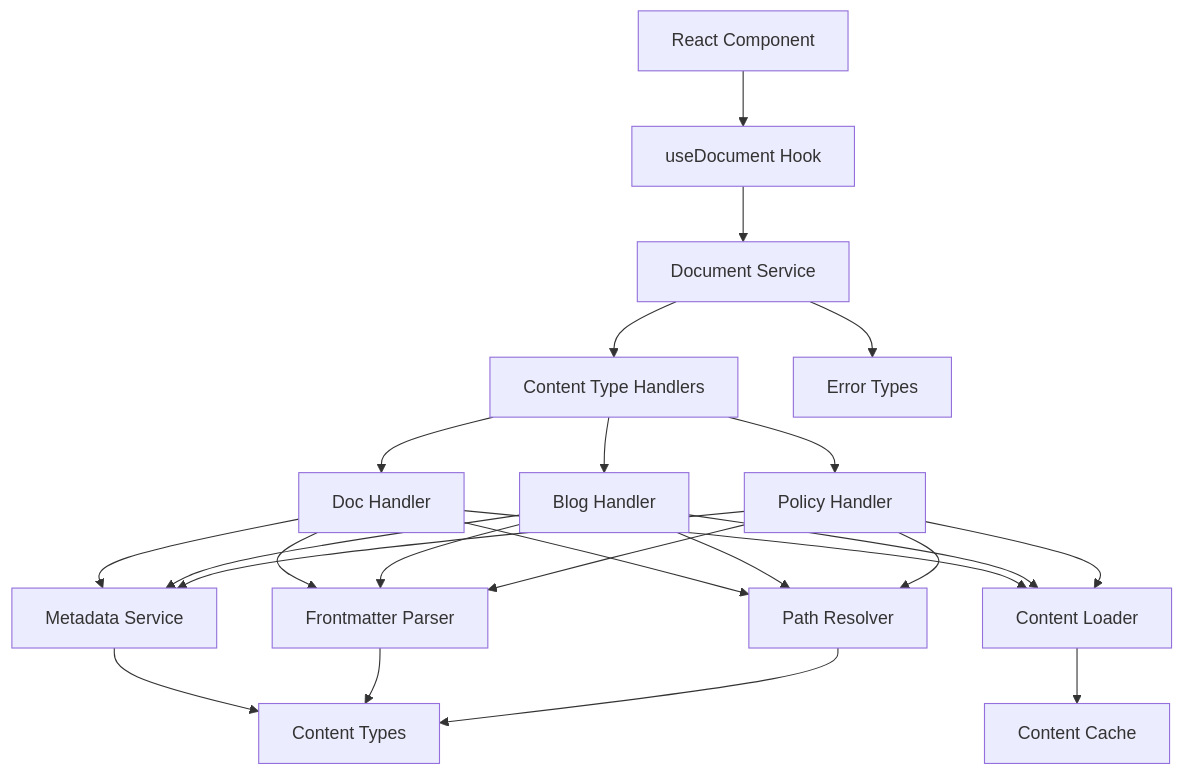
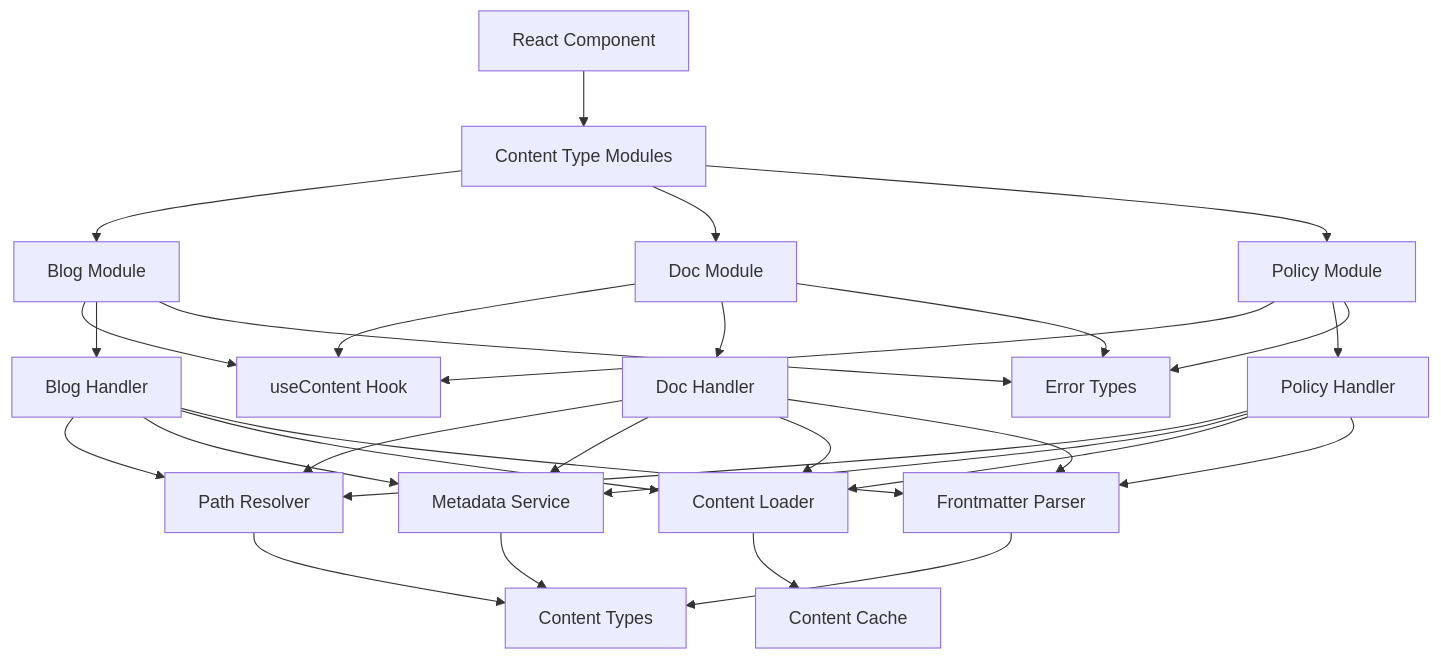
The diagram in src/lib/content/DESIGN.md (Mirascope/website), drawn with Mermaid before and after one commit. The commit also changed other lines of this file and 6 other files, not shown here.

Commit message:
refactor: blog content module & updated design

````diff
--- a/src/lib/content/DESIGN.md
+++ b/src/lib/content/DESIGN.md
@@ -9,26 +9,36 @@
 ```mermaid
 graph TD
-    Component[React Component] --> useDocument[useDocument Hook]
-    useDocument --> DocumentService[Document Service]
-    DocumentService --> ContentHandlers[Content Type Handlers]
-    ContentHandlers --> DocHandler[Doc Handler]
-    ContentHandlers --> BlogHandler[Blog Handler]
-    ContentHandlers --> PolicyHandler[Policy Handler]
+    Component[React Component] --> ContentModules[Content Type Modules]
+    ContentModules --> BlogModule[Blog Module]
+    ContentModules --> DocModule[Doc Module]
+    ContentModules --> PolicyModule[Policy Module]
+    
+    BlogModule --> useContent[useContent Hook]
+    DocModule --> useContent
+    PolicyModule --> useContent
+    
+    BlogModule --> BlogHandler[Blog Handler]
+    DocModule --> DocHandler[Doc Handler]
+    PolicyModule --> PolicyHandler[Policy Handler]
+    
     DocHandler --> PathResolver[Path Resolver]
     DocHandler --> MetadataService[Metadata Service]
     DocHandler --> ContentLoader[Content Loader]
     DocHandler --> FrontmatterParser[Frontmatter Parser]
     BlogHandler --> PathResolver
     BlogHandler --> MetadataService
     BlogHandler --> ContentLoader
     BlogHandler --> FrontmatterParser
     PolicyHandler --> PathResolver
     PolicyHandler --> MetadataService
     PolicyHandler --> ContentLoader
     PolicyHandler --> FrontmatterParser
+    
     ContentLoader --> ContentCache[Content Cache]
     MetadataService --> ContentTypes[Content Types]
     FrontmatterParser --> ContentTypes
     PathResolver --> ContentTypes
-    DocumentService --> ErrorHandling[Error Types]
+    BlogModule --> ErrorHandling[Error Types]
+    DocModule --> ErrorHandling
+    PolicyModule --> ErrorHandling
 ```
````
